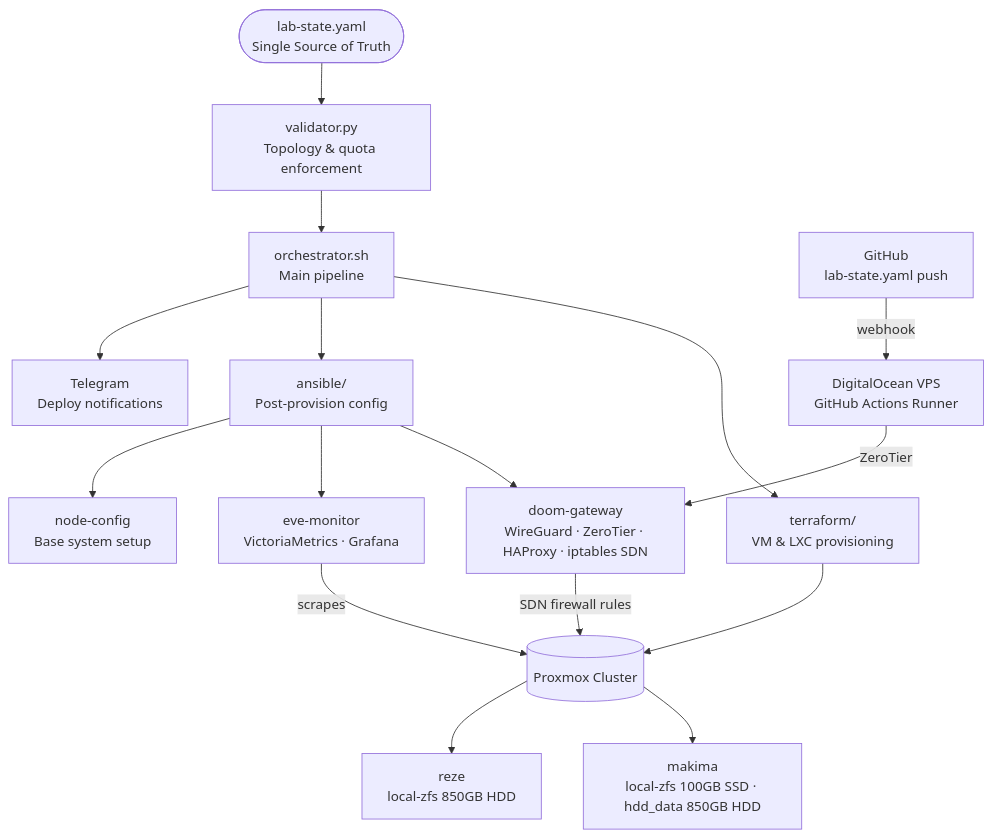
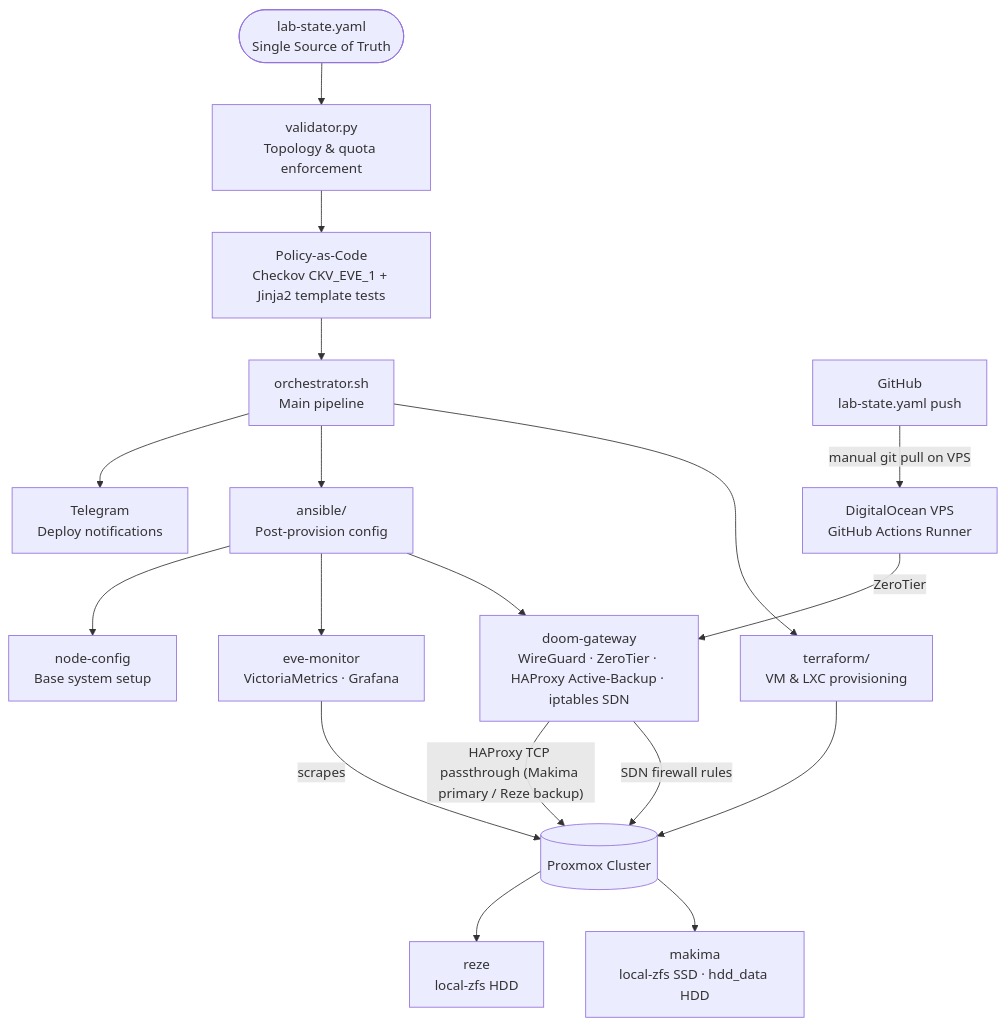
One commit to cypher-27/EVE changed the diagram in README.md. Above: the diagram before and after it, drawn with Mermaid. The commit also changed other lines of this file and 2 other files, not shown here.

First line of the commit message:
docs: finalize README and engineering-log, fix orchestrator --apply flag

````diff
--- a/README.md
+++ b/README.md
@@ -17,26 +34,28 @@
 ```mermaid
 flowchart TD
     A([lab-state.yaml\nSingle Source of Truth])
 
     A --> B[validator.py\nTopology & quota enforcement]
-    B --> C[orchestrator.sh\nMain pipeline]
+    B --> P[Policy-as-Code\nCheckov CKV_EVE_1 + Jinja2 template tests]
+    P --> C[orchestrator.sh\nMain pipeline]
 
     C --> D[terraform/\nVM & LXC provisioning]
     C --> E[ansible/\nPost-provision config]
     C --> N[Telegram\nDeploy notifications]
 
     D --> F[(Proxmox Cluster)]
 
-    F --> M[makima\nlocal-zfs 100GB SSD · hdd_data 850GB HDD]
-    F --> R[reze\nlocal-zfs 850GB HDD]
+    F --> M[makima\nlocal-zfs SSD · hdd_data HDD]
+    F --> R[reze\nlocal-zfs HDD]
 
-    E --> GW[doom-gateway\nWireGuard · ZeroTier · HAProxy · iptables SDN]
+    E --> GW[doom-gateway\nWireGuard · ZeroTier · HAProxy Active-Backup · iptables SDN]
     E --> MON[eve-monitor\nVictoriaMetrics · Grafana]
     E --> NODES[node-config\nBase system setup]
 
     GW -->|SDN firewall rules| F
+    GW -->|"HAProxy TCP passthrough (Makima primary / Reze backup)"| F
     MON -->|scrapes| F
 
     VPS[DigitalOcean VPS\nGitHub Actions Runner] -->|ZeroTier| GW
-    GH[GitHub\nlab-state.yaml push] -->|webhook| VPS
+    GH[GitHub\nlab-state.yaml push] -->|manual git pull on VPS| VPS
 ```
````
